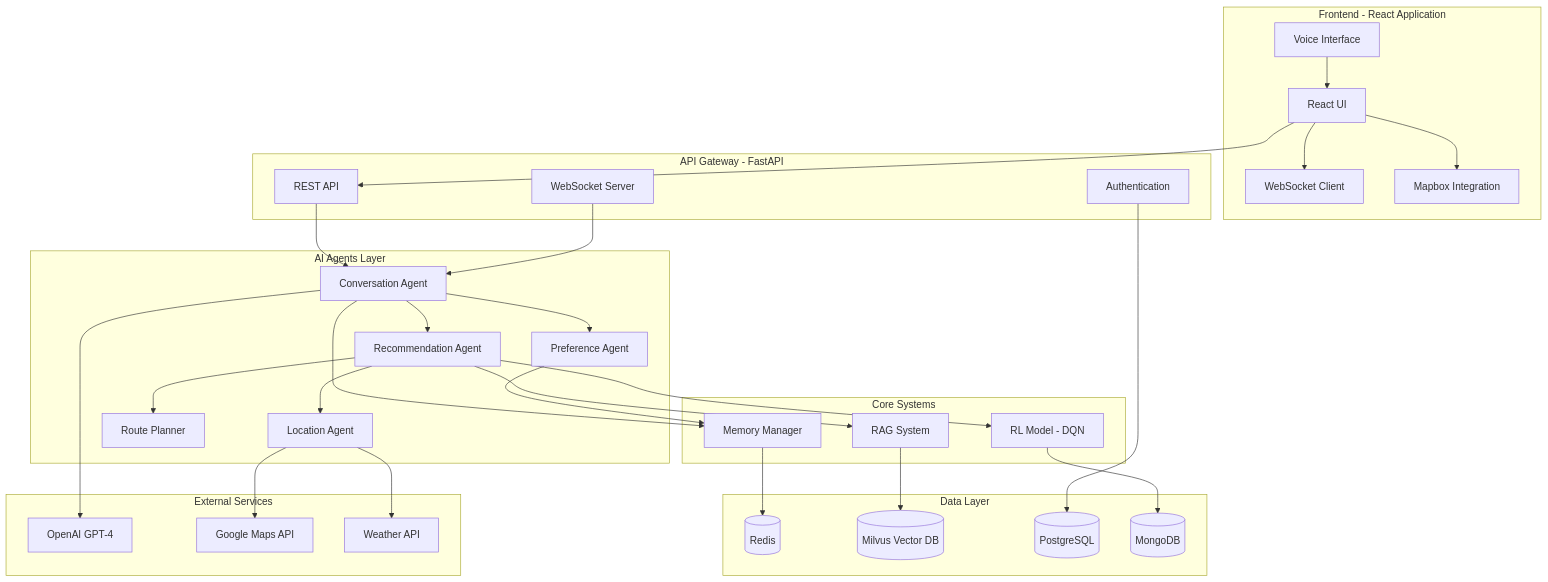
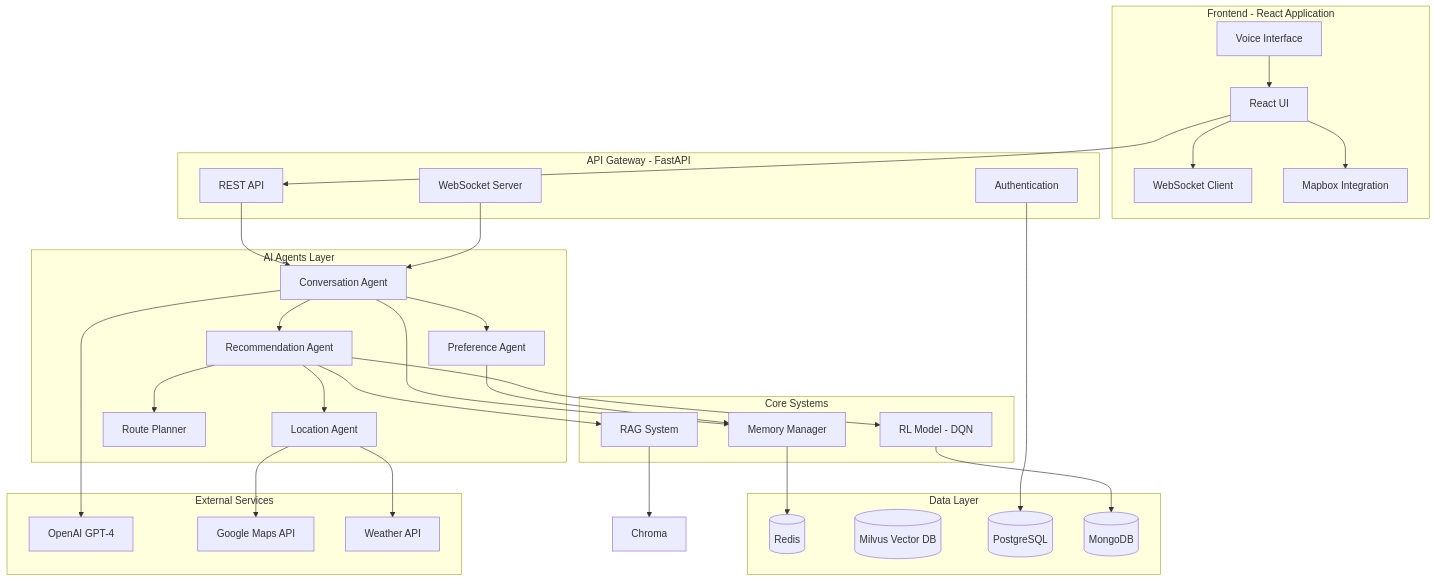
The diagram in README.md (lyy52502/tourism-ai-agent), drawn with Mermaid before and after one commit. The commit also changed other lines of this file, not shown here.

````diff
--- a/README.md
+++ b/README.md
@@ -52,71 +52,71 @@
 ```mermaid
 graph TB
     subgraph "Frontend - React Application"
         UI[React UI]
         WS[WebSocket Client]
         MAP[Mapbox Integration]
         VOICE[Voice Interface]
     end
     
     subgraph "API Gateway - FastAPI"
         API[REST API]
         WSS[WebSocket Server]
         AUTH[Authentication]
     end
     
     subgraph "AI Agents Layer"
         CONV[Conversation Agent]
         PREF[Preference Agent]
         REC[Recommendation Agent]
         LOC[Location Agent]
         ROUTE[Route Planner]
     end
     
     subgraph "Core Systems"
         RAG[RAG System]
         MEMORY[Memory Manager]
         RL[RL Model - DQN]
     end
     
     subgraph "Data Layer"
         REDIS[(Redis)]
         MILVUS[(Milvus Vector DB)]
         POSTGRES[(PostgreSQL)]
         MONGO[(MongoDB)]
     end
     
     subgraph "External Services"
         GPT[OpenAI GPT-4]
         GMAPS[Google Maps API]
         WEATHER[Weather API]
     end
     
     UI --> API
     UI --> WS
     UI --> MAP
     VOICE --> UI
     
     API --> CONV
     WSS --> CONV
     
     CONV --> PREF
     CONV --> REC
     CONV --> MEMORY
     
     REC --> LOC
     REC --> ROUTE
     REC --> RL
     REC --> RAG
     
     LOC --> GMAPS
     LOC --> WEATHER
     
     PREF --> MEMORY
     
-    RAG --> MILVUS
+    RAG --> Chroma
     MEMORY --> REDIS
     
     CONV --> GPT
     AUTH --> POSTGRES
     RL --> MONGO
 ```
````
